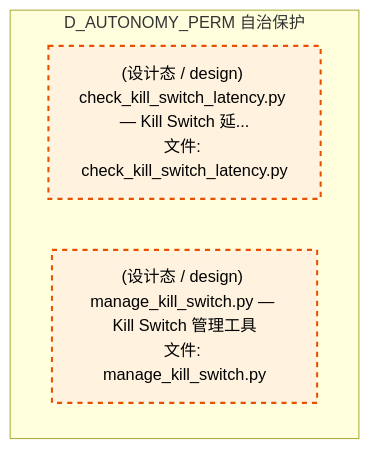
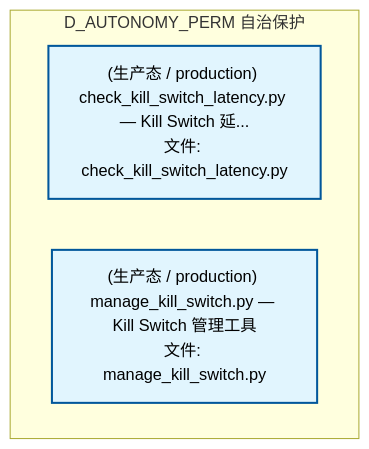
One commit to xuanFelixVan/ZephyrAlpha changed the first of 2 diagrams in docs/02_enterprise_architecture/02_domain_architecture_docs/29_d_autonomy_perm.md. Above: the diagram before and after it, drawn with Mermaid. The commit also changed other lines of this file and 128 other files, not shown here.

````diff
--- a/docs/02_enterprise_architecture/02_domain_architecture_docs/29_d_autonomy_perm.md
+++ b/docs/02_enterprise_architecture/02_domain_architecture_docs/29_d_autonomy_perm.md
@@ -63,12 +62,12 @@
 ```mermaid
 graph TD
     subgraph D_AUTONOMY_PERM["D_AUTONOMY_PERM 自治保护"]
-        scripts_arch_guard_fitness_functions_check_kill_switch_latency_py["(设计态 / design) check_kill_switch_latency.py — Kill Switch 延...<br/>文件: check_kill_switch_latency.py"]
-        scripts_governance_meta_manage_kill_switch_py["(设计态 / design) manage_kill_switch.py — Kill Switch 管理工具<br/>文件: manage_kill_switch.py"]
+        scripts_arch_guard_fitness_functions_check_kill_switch_latency_py["(生产态 / production) check_kill_switch_latency.py — Kill Switch 延...<br/>文件: check_kill_switch_latency.py"]
+        scripts_governance_meta_manage_kill_switch_py["(生产态 / production) manage_kill_switch.py — Kill Switch 管理工具<br/>文件: manage_kill_switch.py"]
     end
     classDef production fill:#e1f5fe,stroke:#01579b,stroke-width:2px,color:#000
     classDef design fill:#fff3e0,stroke:#e65100,stroke-width:2px,color:#000,stroke-dasharray: 5 5
     classDef external_prod fill:#e8f5e9,stroke:#1b5e20,stroke-width:1px,color:#000
     classDef external_design fill:#fce4ec,stroke:#880e4f,stroke-width:1px,color:#000,stroke-dasharray: 5 5
-    class scripts_arch_guard_fitness_functions_check_kill_switch_latency_py,scripts_governance_meta_manage_kill_switch_py design
+    class scripts_arch_guard_fitness_functions_check_kill_switch_latency_py,scripts_governance_meta_manage_kill_switch_py production
 ```
````
